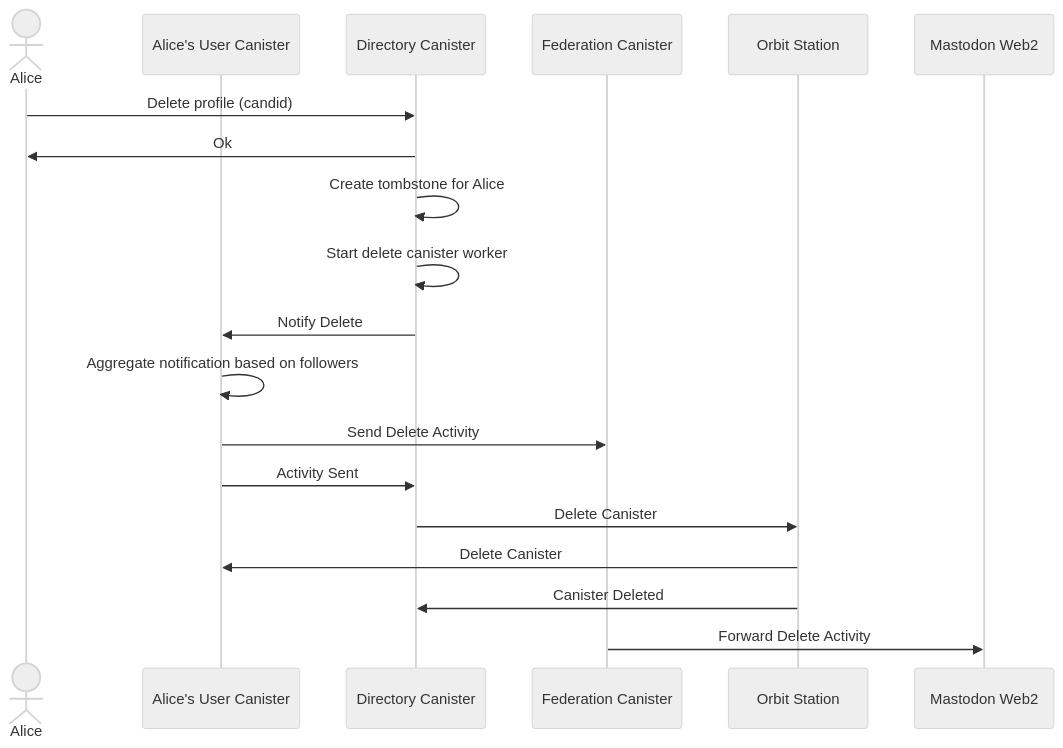
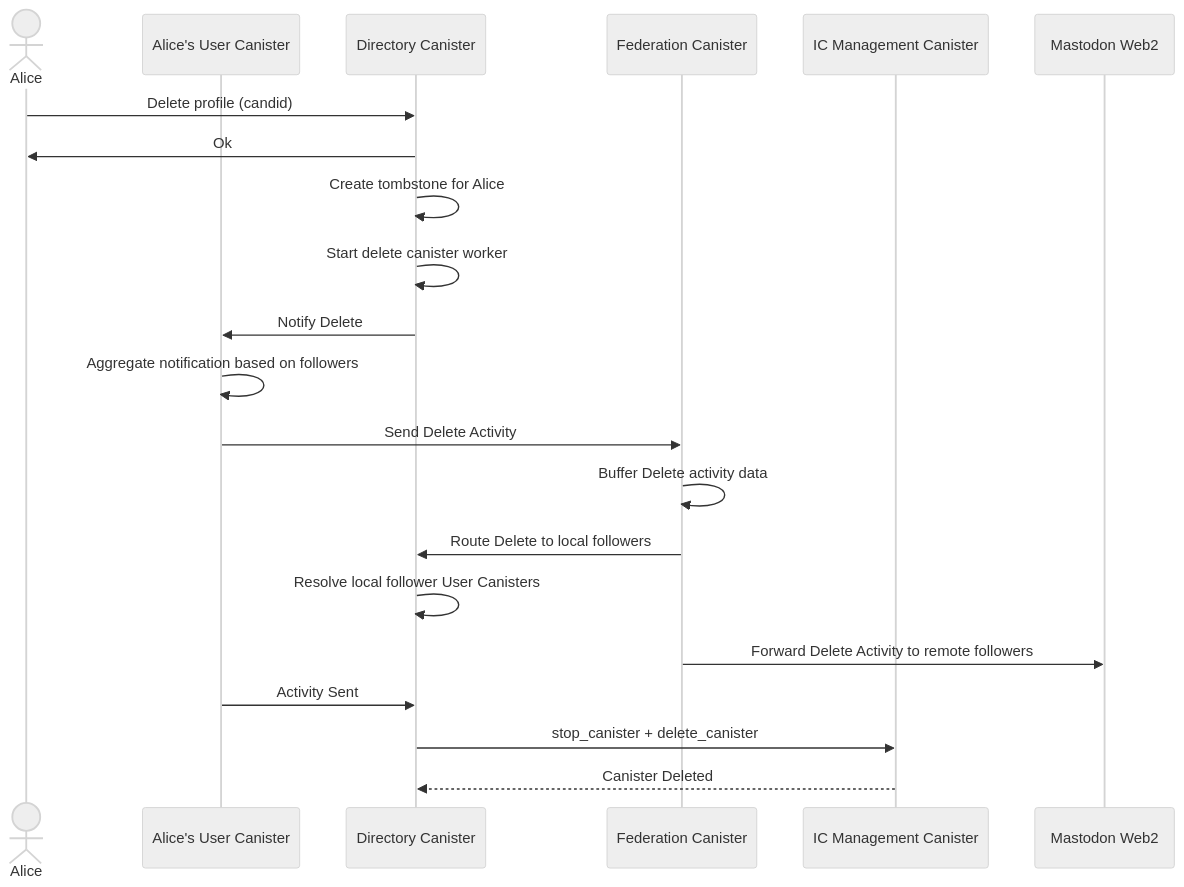
Before and after one commit to veeso/mastic: the fifth of 15 diagrams in docs/architecture/README.md, drawn with Mermaid (neutral theme). The commit also changed other lines of this file and 5 other files, not shown here.

````diff
--- a/docs/architecture/README.md
+++ b/docs/architecture/README.md
@@ -110,22 +109,24 @@
 ```mermaid
 sequenceDiagram
     actor A as Alice
     participant UC as Alice's User Canister
     participant DIR as Directory Canister
     participant FED as Federation Canister
-    participant OS as Orbit Station
+    participant IC as IC Management Canister
     participant M as Mastodon Web2
 
     A->>DIR: Delete profile (candid)
     DIR->>A: Ok
     DIR->>DIR: Create tombstone for Alice
     DIR->>DIR: Start delete canister worker
     DIR->>UC: Notify Delete
     UC->>UC: Aggregate notification based on followers
     UC->>FED: Send Delete Activity
+    FED->>FED: Buffer Delete activity data
+    FED->>DIR: Route Delete to local followers
+    DIR->>DIR: Resolve local follower User Canisters
+    FED->>M: Forward Delete Activity to remote followers
     UC->>DIR: Activity Sent
-    DIR->>OS: Delete Canister
-    OS->>UC: Delete Canister
-    OS->>DIR: Canister Deleted
-    FED->>M: Forward Delete Activity
+    DIR->>IC: stop_canister + delete_canister
+    IC-->>DIR: Canister Deleted
 ```
````
